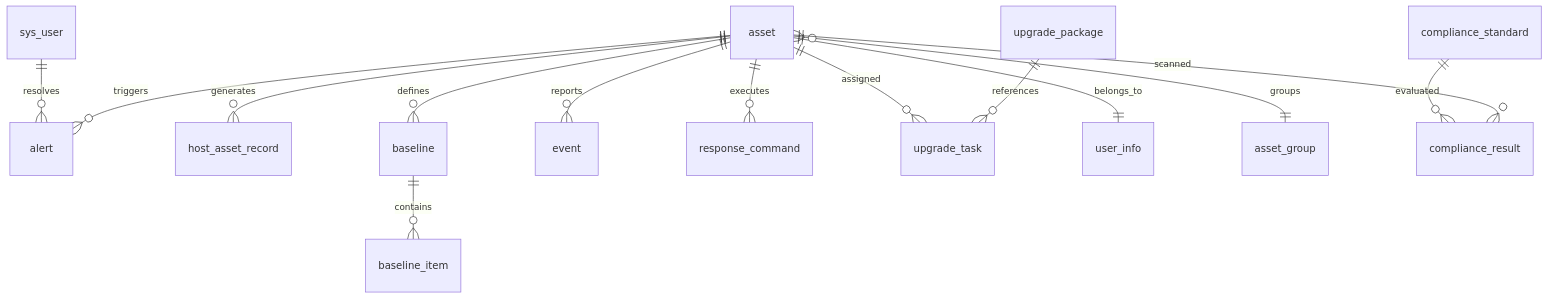
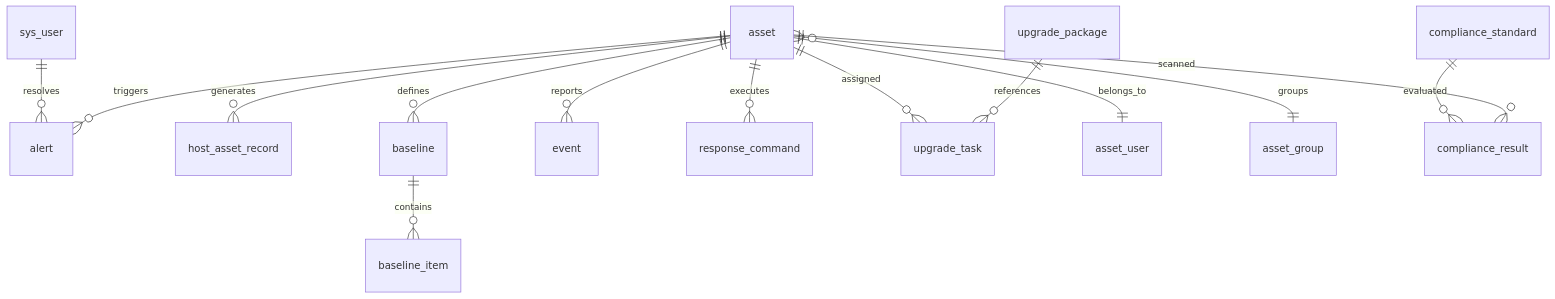
Before and after one commit to ychcqshan/xdr-test: the diagram in docs/database_design.md, drawn with Mermaid. The commit also changed other lines of this file and 90 other files, not shown here.

````diff
--- a/docs/database_design.md
+++ b/docs/database_design.md
@@ -11,16 +11,16 @@
 ```mermaid
 erDiagram
     sys_user ||--o{ alert : "resolves"
     asset ||--o{ host_asset_record : "generates"
     asset ||--o{ baseline : "defines"
     asset ||--o{ alert : "triggers"
     asset ||--o{ event : "reports"
     asset ||--o{ response_command : "executes"
     asset ||--o{ upgrade_task : "assigned"
-    asset ||--|| user_info : "belongs_to"
+    asset ||--|| asset_user : "belongs_to"
     asset }o--|| asset_group : "groups"
     baseline ||--o{ baseline_item : "contains"
     upgrade_package ||--o{ upgrade_task : "references"
     compliance_standard ||--o{ compliance_result : "evaluated"
     asset ||--o{ compliance_result : "scanned"
 ```
````
